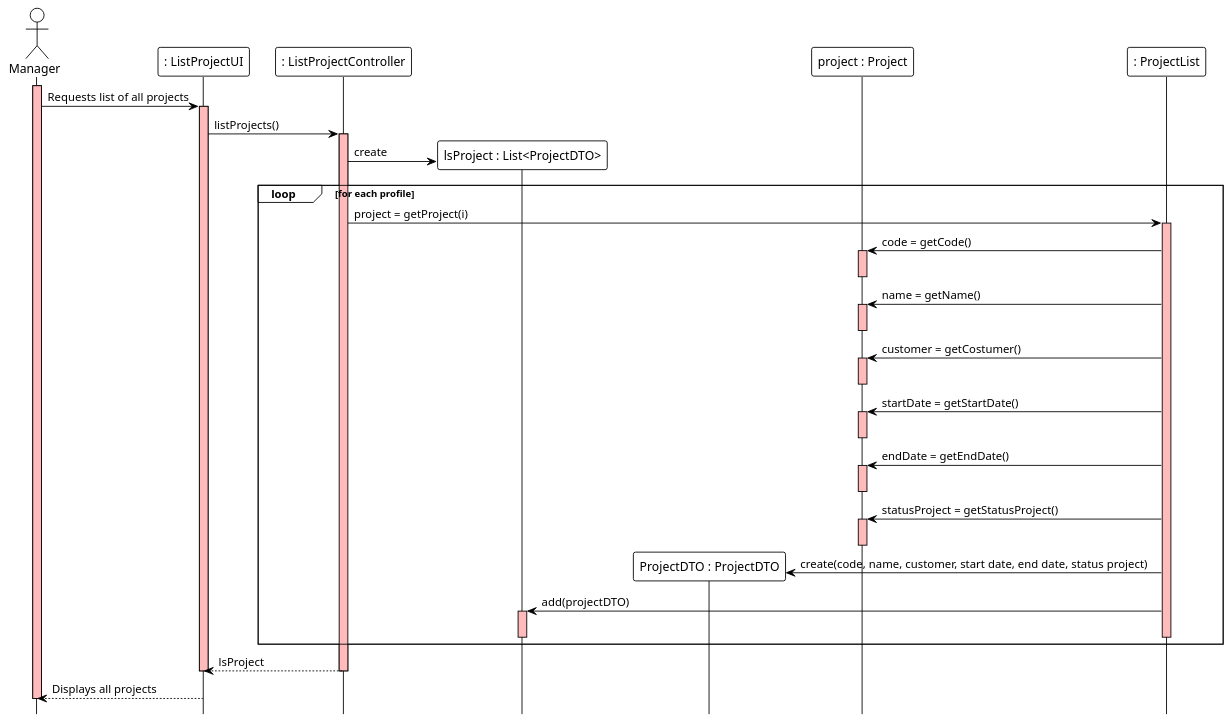
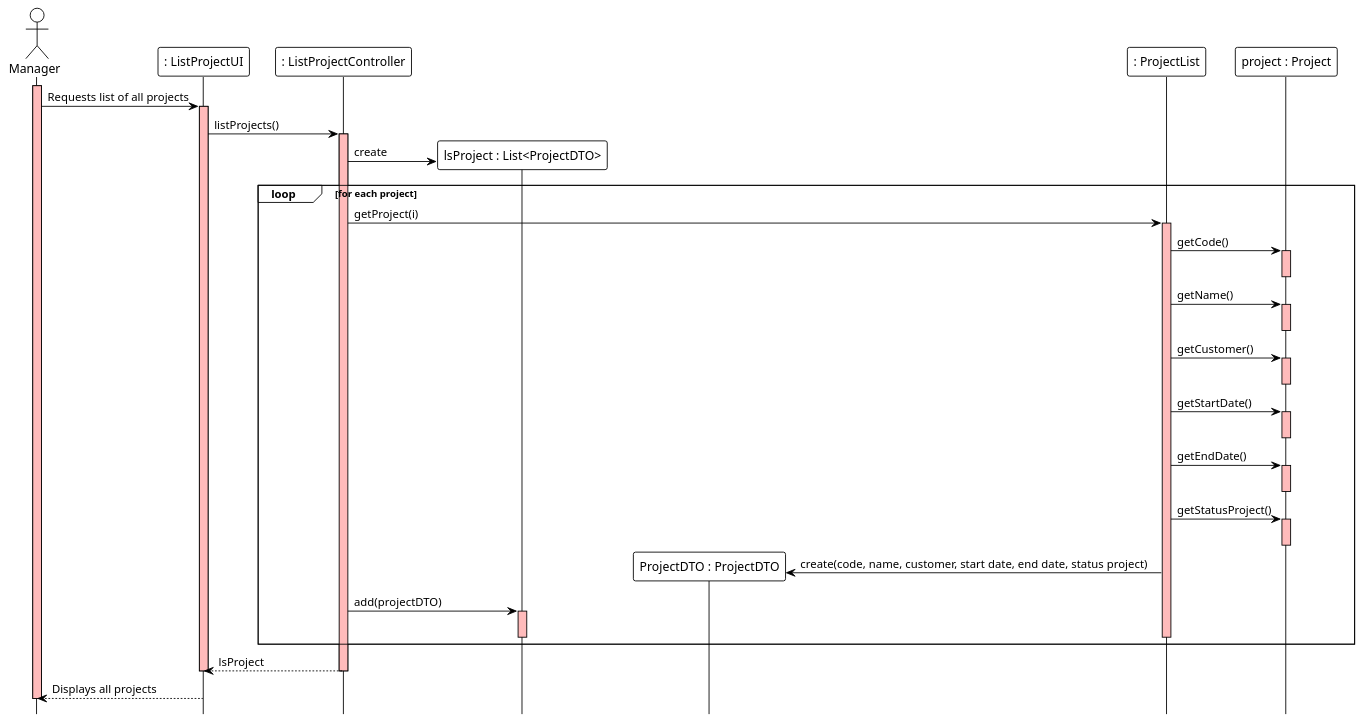
Before and after one commit to ivo-menezes/project_g3: the diagram in docs/modelling_design/user_stories/us015/US015_ListAllProjectsSD.puml, drawn with PlantUML. The commit also changed 1 other file, not shown here.

Commit message:
US015: Design: ListAllProjectsCD and SD(Update)

```diff
--- a/docs/modelling_design/user_stories/us015/US015_ListAllProjectsSD.puml
+++ b/docs/modelling_design/user_stories/us015/US015_ListAllProjectsSD.puml
@@ -1,59 +1,59 @@
 @startuml
 !theme plain
 hide footbox
 
 actor Manager as Manager
 participant ": ListProjectUI" as UI
 participant ": ListProjectController" as Controller
 participant "lsProject : List<ProjectDTO>" as DTOList
 participant "ProjectDTO : ProjectDTO" as DTO
+participant ": ProjectList" as ProjectList
 participant "project : Project" as project
 
-participant ": ProjectList" as ProjectList
 
 activate Manager #FFBBBB
 Manager ->  UI: Requests list of all projects
 
 activate UI #FFBBBB
 UI -> Controller: listProjects()
 
 activate Controller #FFBBBB
 Controller -> DTOList ** : create
 
-loop for each profile
-Controller -> ProjectList : project = getProject(i)
+loop for each project
+Controller -> ProjectList : getProject(i)
 activate ProjectList #FFBBBB
-ProjectList -> project : code = getCode()
+ProjectList -> project : getCode()
 activate project #FFBBBB
 deactivate project
-ProjectList -> project : name = getName()
+ProjectList -> project : getName()
 activate project #FFBBBB
 deactivate project
-ProjectList -> project : customer = getCostumer()
+ProjectList -> project : getCustomer()
 activate project #FFBBBB
 deactivate project
-ProjectList -> project : startDate = getStartDate()
+ProjectList -> project : getStartDate()
 activate project #FFBBBB
 deactivate project
-ProjectList -> project : endDate = getEndDate()
+ProjectList -> project : getEndDate()
 activate project #FFBBBB
 deactivate project
-ProjectList -> project : statusProject = getStatusProject()
+ProjectList -> project : getStatusProject()
 activate project #FFBBBB
 deactivate project
 
 ProjectList -> DTO ** : create(code, name, customer, start date, end date, status project)
 
-ProjectList -> DTOList : add(projectDTO)
+Controller -> DTOList : add(projectDTO)
 activate DTOList #FFBBBB
 deactivate DTOList
 deactivate ProjectList
 end
 
 Controller --> UI : lsProject
 deactivate Controller
 deactivate UI
 
 UI --> Manager: Displays all projects
 deactivate Manager #FFBBBB
 @enduml
```
